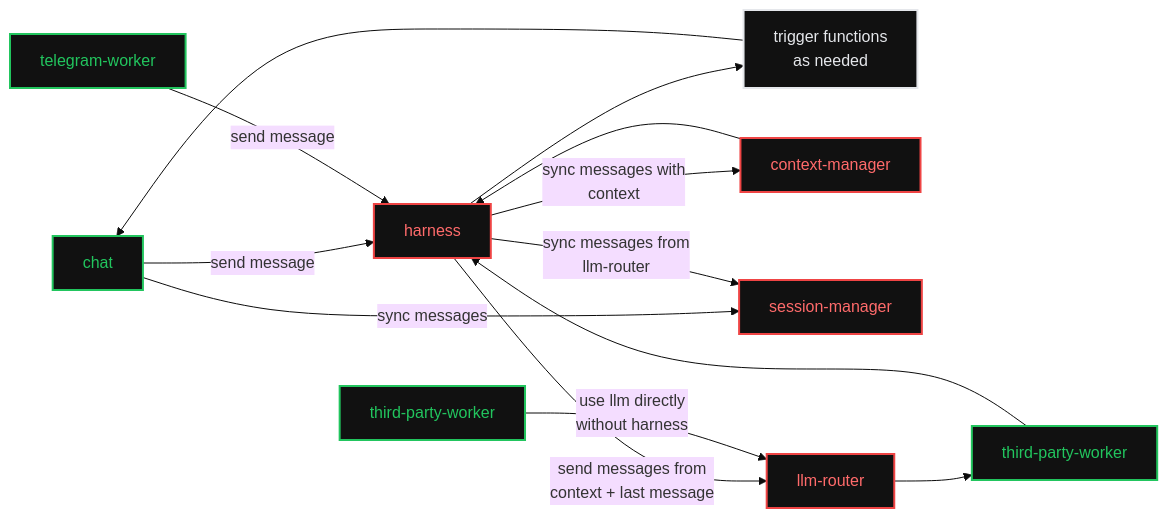
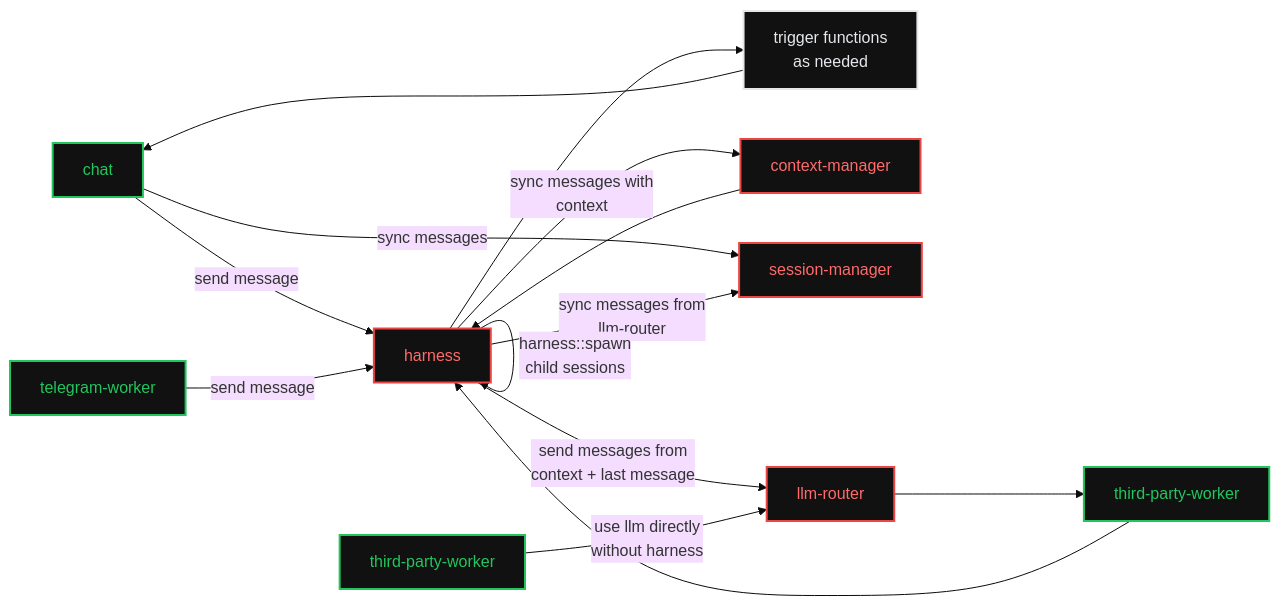
One commit to iii-hq/workers changed the diagram in tech-specs/2026-06-agentic/README.md. Above: the diagram before and after it, drawn with Mermaid (base theme). The commit also changed other lines of this file and 3 other files, not shown here.

````diff
--- a/tech-specs/2026-06-agentic/README.md
+++ b/tech-specs/2026-06-agentic/README.md
@@ -14,47 +14,50 @@
 ```mermaid
 flowchart LR
   %% Nodes
   chat["chat"]
   tg["telegram-worker"]
   funcs["trigger functions<br/>as needed"]
   ctx["context-manager"]
   harness["harness"]
   session["session-manager"]
   tpTop["third-party-worker"]
   router["llm-router"]
   tpBottom["third-party-worker"]
 
   %% Chat flow
   chat -->|"send message"| harness
   chat -->|"sync messages"| session
 
   %% Telegram flow
   tg -->|"send message"| harness
 
   %% Harness orchestration
   harness -->|"sync messages with<br/>context"| ctx
   ctx --> harness
 
   harness -->|"sync messages from<br/>llm-router"| session
 
   %% Function trigger
   harness --> funcs
   funcs --> chat
 
+  %% Sub-agents (spawn/join)
+  harness -->|"harness::spawn<br/>child sessions"| harness
+
   %% LLM routing
   harness -->|"send messages from<br/>context + last message"| router
 
   %% Workers
   tpTop --> harness
   tpBottom -->|"use llm directly<br/>without harness"| router
   router --> tpTop
 
   %% Styling
   classDef green fill:#111,stroke:#22c55e,color:#22c55e,stroke-width:2px;
   classDef red fill:#111,stroke:#ef4444,color:#ff6b6b,stroke-width:2px;
   classDef white fill:#111,stroke:#e5e7eb,color:#e5e7eb,stroke-width:2px;
 
   class chat,tg,tpTop,tpBottom green;
   class ctx,harness,session,router red;
   class funcs white;
 ```
````
